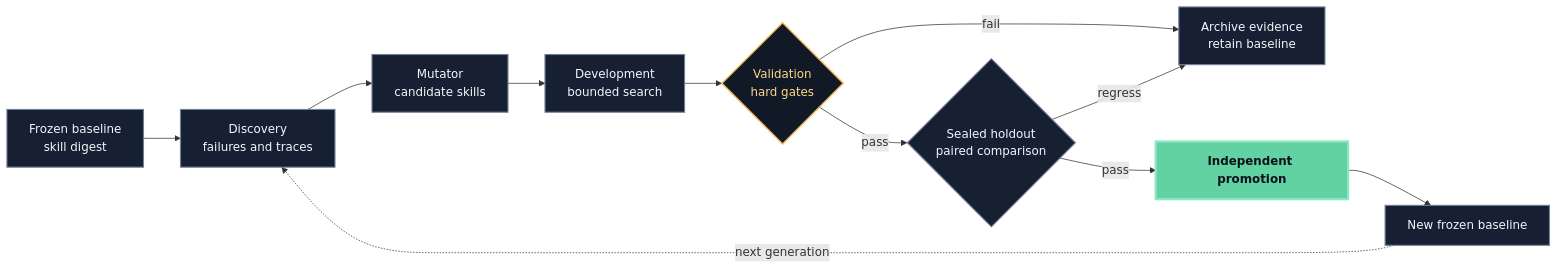
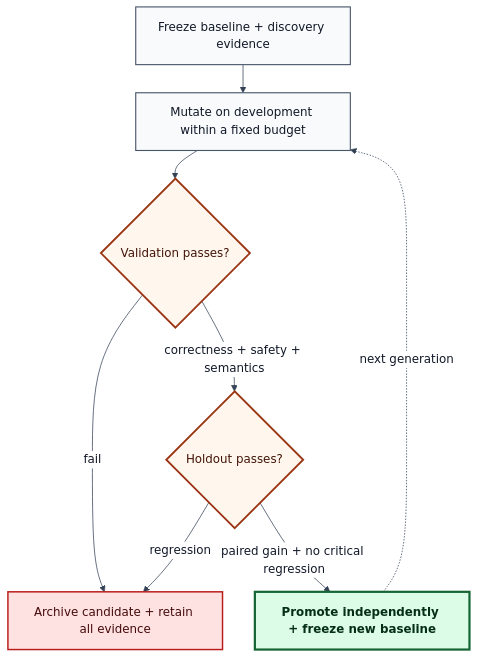
The second of 2 diagrams in src/content/posts/from-benchmarks-to-skill-evolution.md (gvillarroel/blog), drawn with Mermaid before and after one commit. The commit also changed other lines of this file and 35 other files, not shown here.

````diff
--- a/src/content/posts/from-benchmarks-to-skill-evolution.md
+++ b/src/content/posts/from-benchmarks-to-skill-evolution.md
@@ -270,20 +331,26 @@
 ```mermaid
-flowchart LR
-  B["Frozen baseline<br/>skill digest"] --> D["Discovery<br/>failures and traces"]
-  D --> M["Mutator<br/>candidate skills"]
-  M --> V["Development<br/>bounded search"]
-  V --> G{"Validation<br/>hard gates"}
-  G -- fail --> A["Archive evidence<br/>retain baseline"]
-  G -- pass --> H{"Sealed holdout<br/>paired comparison"}
-  H -- regress --> A
-  H -- pass --> P["Independent promotion"]
-  P --> N["New frozen baseline"]
-  N -. next generation .-> D
+%%{init: {"theme": "base", "themeVariables": {"fontFamily": "Arial, sans-serif", "primaryColor": "#ffffff", "primaryTextColor": "#111827", "primaryBorderColor": "#334155", "lineColor": "#334155", "secondaryColor": "#f8fafc", "tertiaryColor": "#e8f4fc", "background": "#ffffff", "clusterBkg": "#f8fafc", "clusterBorder": "#64748b", "edgeLabelBackground": "#ffffff"}, "themeCSS": ".nodeLabel, .edgeLabel, .cluster-label { font-family: Arial, sans-serif !important; }", "flowchart": {"curve": "basis", "nodeSpacing": 32, "rankSpacing": 38, "wrappingWidth": 230}}}%%
+flowchart TB
+  B["Freeze baseline + discovery evidence"]
+  M["Mutate on development within a fixed budget"]
+  Q{"Validation passes?"}
+  H{"Holdout passes?"}
+  P["Promote independently + freeze new baseline"]
+  A["Archive candidate + retain all evidence"]
 
-  classDef evidence fill:#172033,stroke:#718099,color:#f3f6fb,stroke-width:1.5px;
-  classDef gate fill:#111927,stroke:#f1b65b,color:#ffd58a,stroke-width:2px;
-  classDef accepted fill:#62d2a2,stroke:#8ce8c2,color:#0c111b,stroke-width:3px,font-weight:bold;
-  class B,D,M,V,A,H,N evidence;
-  class G gate;
+  B --> M --> Q
+  Q -- fail --> A
+  Q -- correctness + safety + semantics --> H
+  H -- regression --> A
+  H -- paired gain + no critical regression --> P
+  P -. next generation .-> M
+
+  classDef evidence fill:#f8fafc,stroke:#475569,color:#111827,stroke-width:1.5px;
+  classDef gate fill:#fff7ed,stroke:#9a3412,color:#431407,stroke-width:2.5px;
+  classDef accepted fill:#dcfce7,stroke:#166534,color:#052e16,stroke-width:3px,font-weight:bold;
+  classDef rejected fill:#fee2e2,stroke:#b91c1c,color:#450a0a,stroke-width:2px;
+  class B,M evidence;
+  class Q,H gate;
   class P accepted;
+  class A rejected;
 ```
````
